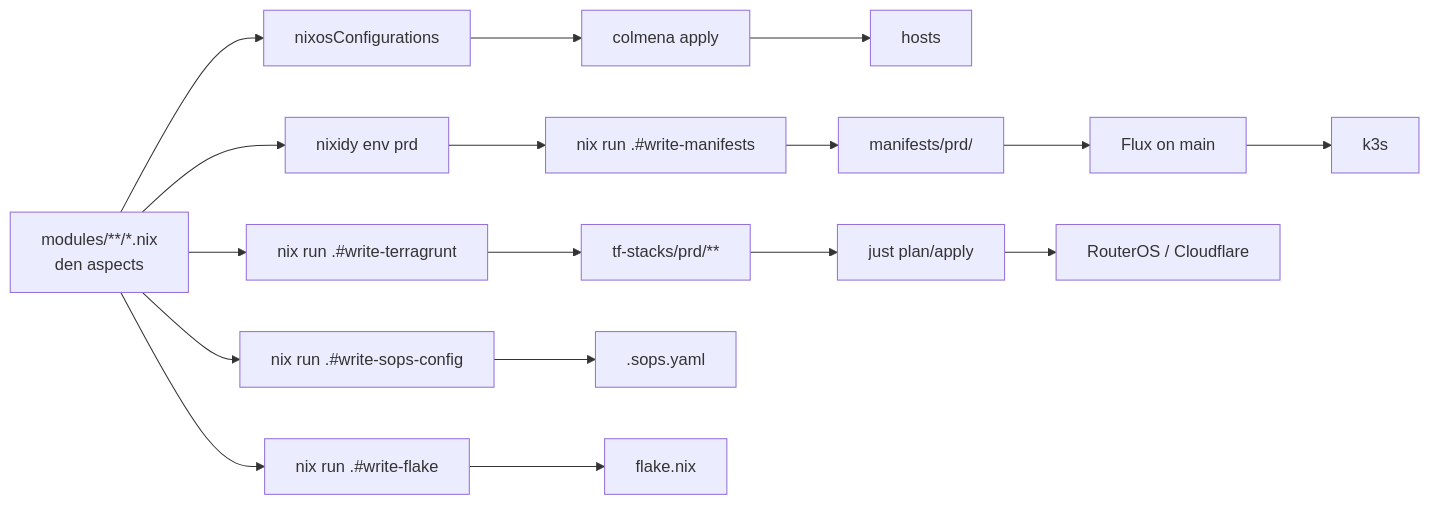
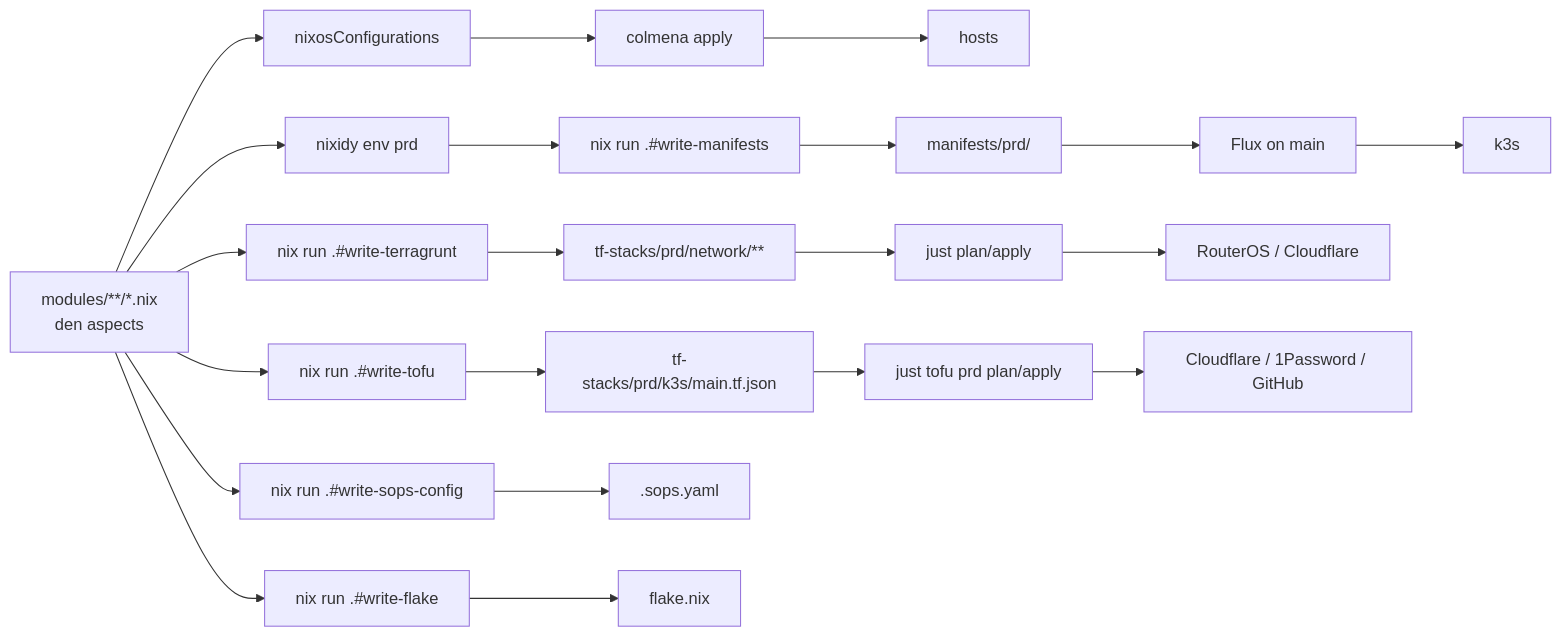
The diagram in AGENTS.md (kid/home-ops), drawn with Mermaid before and after one commit. The commit also changed other lines of this file and 56 other files, not shown here.

First line of the commit message:
feat(tofu): merge the k3s Terragrunt stacks into one tofunix stack

````diff
--- a/AGENTS.md
+++ b/AGENTS.md
@@ -16,8 +16,9 @@
 ```mermaid
 flowchart LR
   M[modules/**/*.nix<br/>den aspects] --> N[nixosConfigurations] --> C[colmena apply] --> H[hosts]
   M --> X[nixidy env prd] --> W[nix run .#write-manifests] --> MP[manifests/prd/] --> F[Flux on main] --> K[k3s]
-  M --> T[nix run .#write-terragrunt] --> TS[tf-stacks/prd/**] --> J[just plan/apply] --> R[RouterOS / Cloudflare]
+  M --> T[nix run .#write-terragrunt] --> TS[tf-stacks/prd/network/**] --> J[just plan/apply] --> R[RouterOS / Cloudflare]
+  M --> TF[nix run .#write-tofu] --> TJ[tf-stacks/prd/k3s/main.tf.json] --> JT[just tofu prd plan/apply] --> CR[Cloudflare / 1Password / GitHub]
   M --> S[nix run .#write-sops-config] --> SY[.sops.yaml]
   M --> FF[nix run .#write-flake] --> FN[flake.nix]
 ```
````
